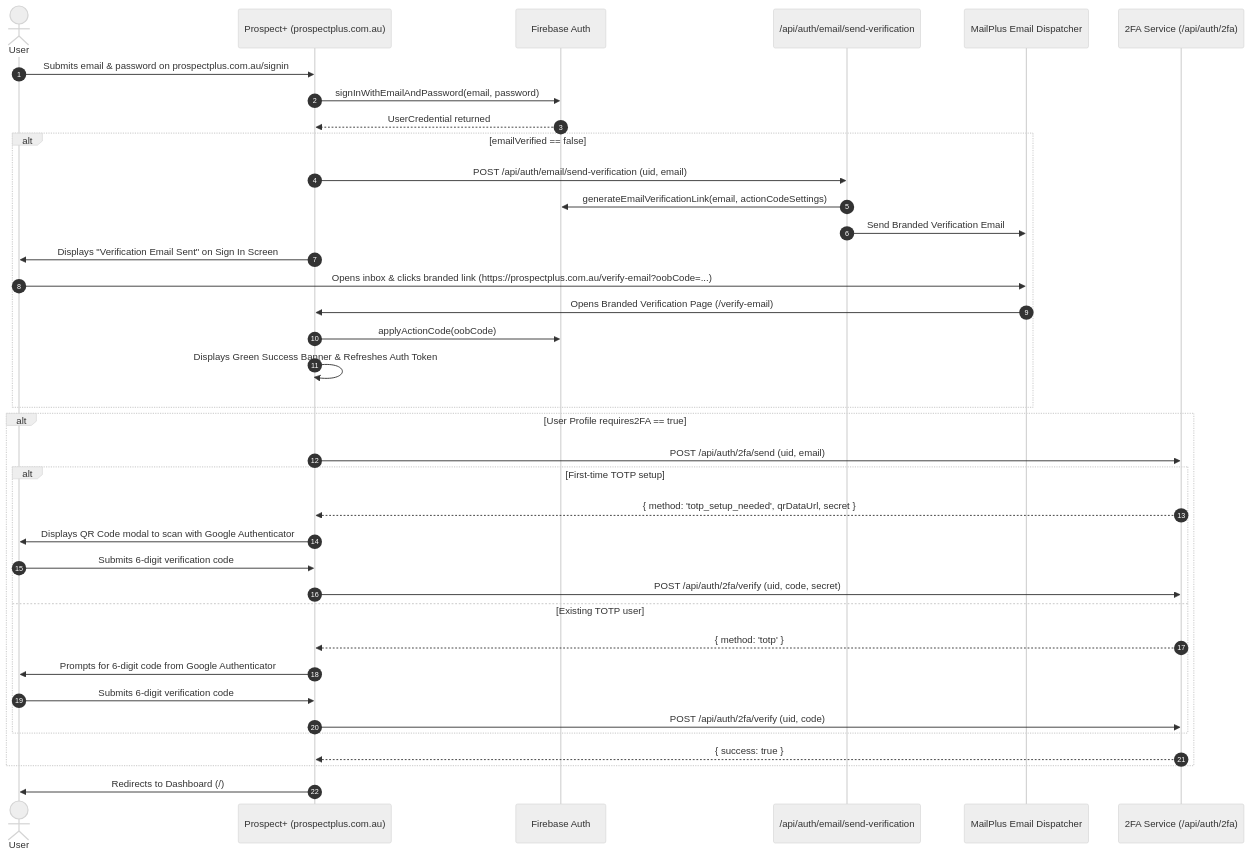
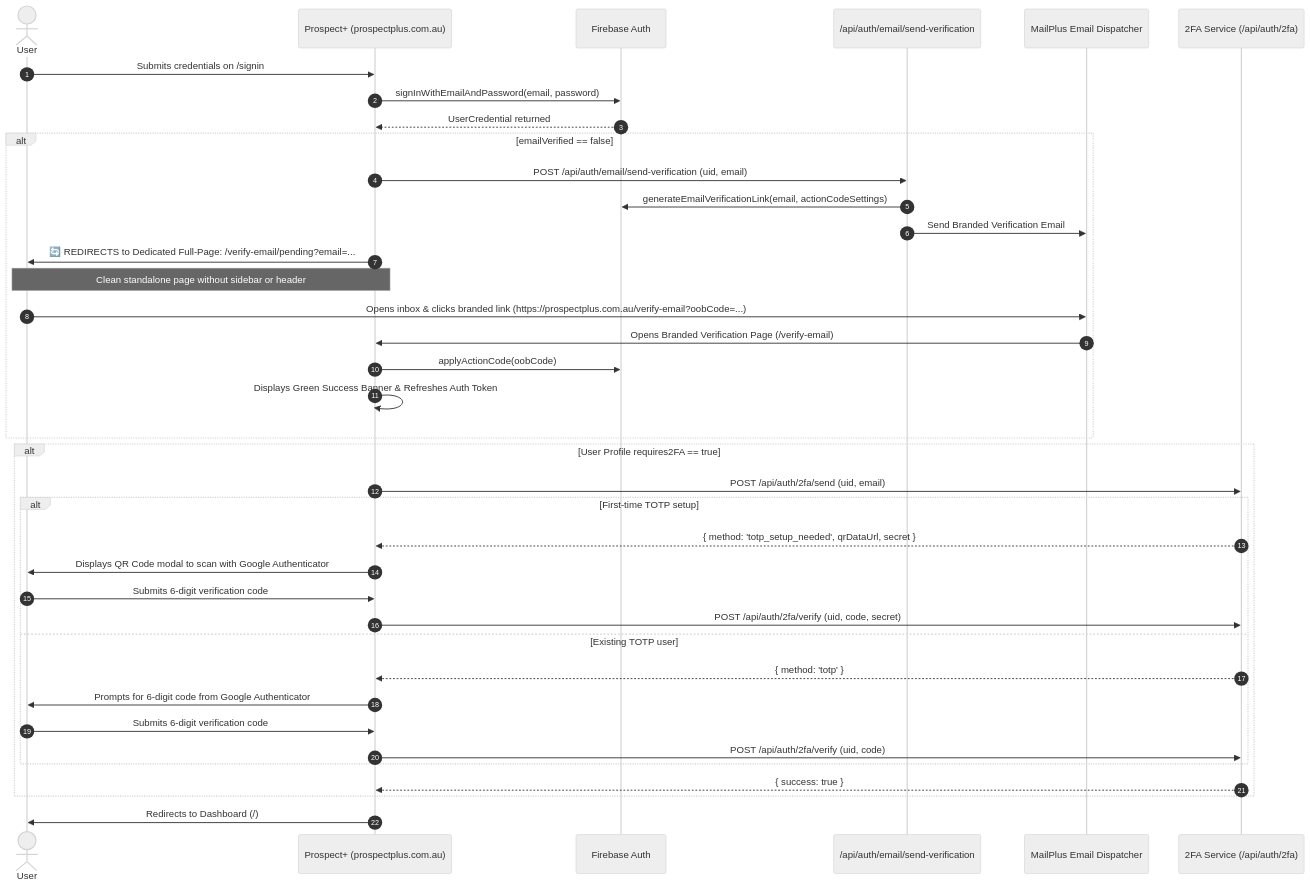
The diagram in docs/plans/email_verification_and_2fa_enforcement_plan.md (ankith88/prospectplus-application), drawn with Mermaid (neutral theme) before and after one commit. The commit also changed other lines of this file and 2 other files, not shown here.

Commit message:
feat(auth): redirect unverified users to full-page /verify-email/pending flow

````diff
--- a/docs/plans/email_verification_and_2fa_enforcement_plan.md
+++ b/docs/plans/email_verification_and_2fa_enforcement_plan.md
@@ -12,43 +14,44 @@
 ```mermaid
 sequenceDiagram
     autonumber
     actor User
     participant App as Prospect+ (prospectplus.com.au)
     participant Auth as Firebase Auth
     participant API as /api/auth/email/send-verification
     participant Email as MailPlus Email Dispatcher
     participant MFA as 2FA Service (/api/auth/2fa)
 
-    User->>App: Submits email & password on prospectplus.com.au/signin
+    User->>App: Submits credentials on /signin
     App->>Auth: signInWithEmailAndPassword(email, password)
     Auth-->>App: UserCredential returned
     
     alt emailVerified == false
         App->>API: POST /api/auth/email/send-verification (uid, email)
         API->>Auth: generateEmailVerificationLink(email, actionCodeSettings)
         API->>Email: Send Branded Verification Email
-        App->>User: Displays "Verification Email Sent" on Sign In Screen
+        App->>User: 🔄 REDIRECTS to Dedicated Full-Page: /verify-email/pending?email=...
+        Note over User,App: Clean standalone page without sidebar or header
         User->>Email: Opens inbox & clicks branded link (https://prospectplus.com.au/verify-email?oobCode=...)
         Email->>App: Opens Branded Verification Page (/verify-email)
         App->>Auth: applyActionCode(oobCode)
         App->>App: Displays Green Success Banner & Refreshes Auth Token
     end
 
     alt User Profile requires2FA == true
         App->>MFA: POST /api/auth/2fa/send (uid, email)
         alt First-time TOTP setup
             MFA-->>App: { method: 'totp_setup_needed', qrDataUrl, secret }
             App->>User: Displays QR Code modal to scan with Google Authenticator
             User->>App: Submits 6-digit verification code
             App->>MFA: POST /api/auth/2fa/verify (uid, code, secret)
         else Existing TOTP user
             MFA-->>App: { method: 'totp' }
             App->>User: Prompts for 6-digit code from Google Authenticator
             User->>App: Submits 6-digit verification code
             App->>MFA: POST /api/auth/2fa/verify (uid, code)
         end
         MFA-->>App: { success: true }
     end
 
     App->>User: Redirects to Dashboard (/)
 ```
````
